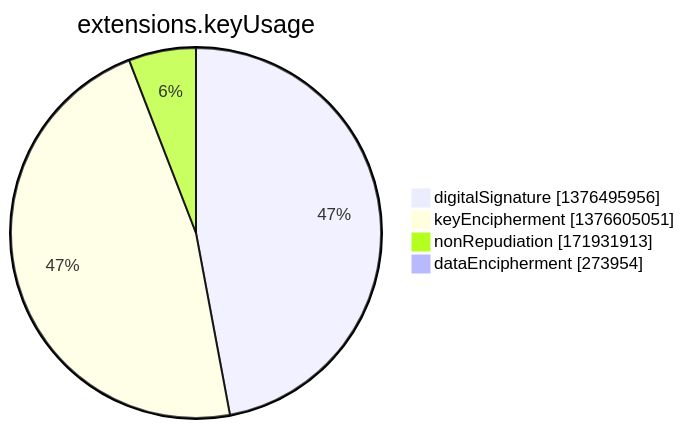
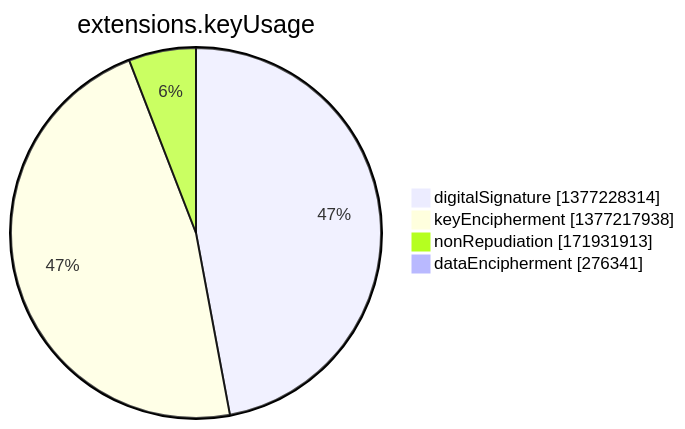
Before and after one commit to christiankrug/ctmonitor_visualization: the seventh of 15 diagrams in argon2022/README.md, drawn with Mermaid. The commit also changed other lines of this file, not shown here.

````diff
--- a/argon2022/README.md
+++ b/argon2022/README.md
@@ -2751,8 +2751,8 @@
 ```mermaid
 pie showData
 title extensions.keyUsage
-"digitalSignature" :1376495956
-"keyEncipherment" :1376605051
+"digitalSignature" :1377228314
+"keyEncipherment" :1377217938
 "nonRepudiation" :171931913
-"dataEncipherment" :273954
+"dataEncipherment" :276341
 ```
````
